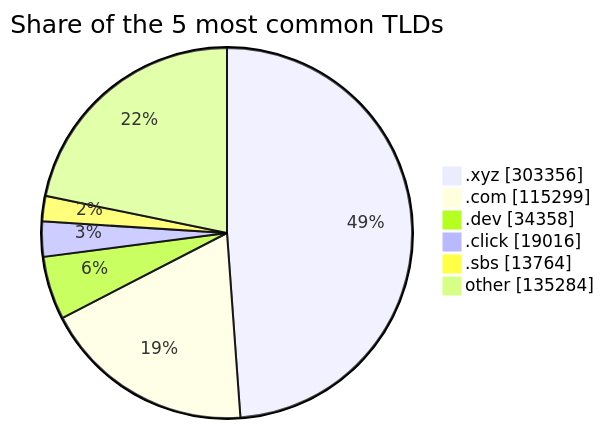
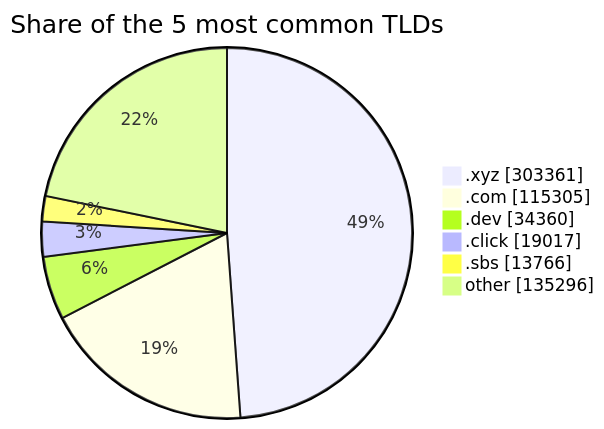
The third of 3 diagrams in README.md (DNSBunker/CTI), drawn with Mermaid before and after one commit. The commit also changed other lines of this file and 3 other files, not shown here.

````diff
--- a/README.md
+++ b/README.md
@@ -81,9 +81,9 @@
 ```mermaid
 pie showData title Share of the 5 most common TLDs
-    ".xyz" : 303356
-    ".com" : 115299
-    ".dev" : 34358
-    ".click" : 19016
-    ".sbs" : 13764
-    "other" : 135284
+    ".xyz" : 303361
+    ".com" : 115305
+    ".dev" : 34360
+    ".click" : 19017
+    ".sbs" : 13766
+    "other" : 135296
 ```
````
